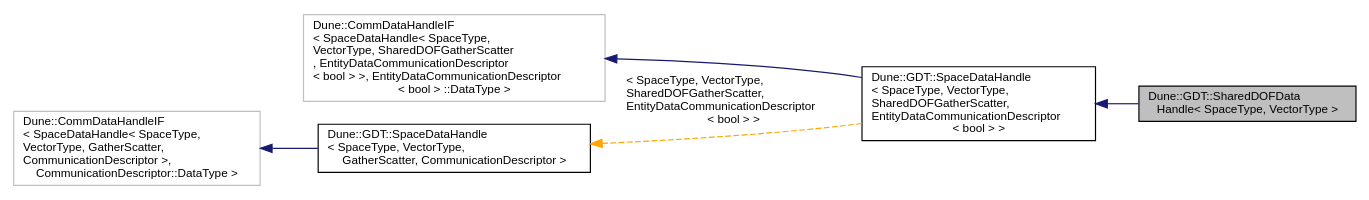
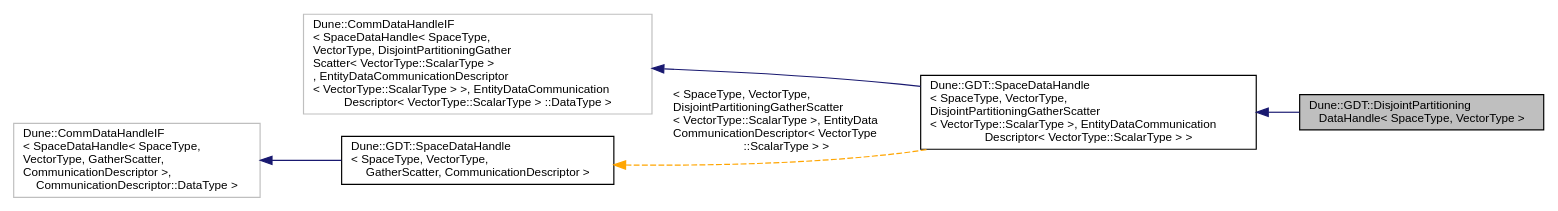
Before and after one commit to dune-community/dune-community.github.io: the diagram in docs/dune-gdt/master/a02548.dot, drawn with Graphviz. The commit also changed 1982 other files, not shown here.

Commit message:
Updated documentation for dune-gdt master

```diff
--- a/docs/dune-gdt/master/a02548.dot
+++ b/docs/dune-gdt/master/a02548.dot
@@ -1,15 +1,15 @@
-digraph "Dune::GDT::SharedDOFDataHandle&lt; SpaceType, VectorType &gt;"
+digraph "Dune::GDT::DisjointPartitioningDataHandle&lt; SpaceType, VectorType &gt;"
 {
   edge [fontname="Helvetica",fontsize="10",labelfontname="Helvetica",labelfontsize="10"];
   node [fontname="Helvetica",fontsize="10",shape=record];
   rankdir="LR";
-  Node0 [label="Dune::GDT::SharedDOFData\lHandle\< SpaceType, VectorType \>",height=0.2,width=0.4,color="black", fillcolor="grey75", style="filled", fontcolor="black"];
+  Node0 [label="Dune::GDT::DisjointPartitioning\lDataHandle\< SpaceType, VectorType \>",height=0.2,width=0.4,color="black", fillcolor="grey75", style="filled", fontcolor="black"];
   Node1 -> Node0 [dir="back",color="midnightblue",fontsize="10",style="solid",fontname="Helvetica"];
-  Node1 [label="Dune::GDT::SpaceDataHandle\l\< SpaceType, VectorType,\l SharedDOFGatherScatter,\l EntityDataCommunicationDescriptor\l\< bool \> \>",height=0.2,width=0.4,color="black", fillcolor="white", style="filled",URL="$a02509.html"];
+  Node1 [label="Dune::GDT::SpaceDataHandle\l\< SpaceType, VectorType,\l DisjointPartitioningGatherScatter\l\< VectorType::ScalarType \>, EntityDataCommunication\lDescriptor\< VectorType::ScalarType \> \>",height=0.2,width=0.4,color="black", fillcolor="white", style="filled",URL="$a02517.html"];
   Node2 -> Node1 [dir="back",color="midnightblue",fontsize="10",style="solid",fontname="Helvetica"];
-  Node2 [label="Dune::CommDataHandleIF\l\< SpaceDataHandle\< SpaceType,\l VectorType, SharedDOFGatherScatter\l , EntityDataCommunicationDescriptor\l\< bool \>  \>, EntityDataCommunicationDescriptor\l\< bool \> ::DataType \>",height=0.2,width=0.4,color="grey75", fillcolor="white", style="filled"];
-  Node3 -> Node1 [dir="back",color="orange",fontsize="10",style="dashed",label=" \< SpaceType, VectorType,\l SharedDOFGatherScatter,\l EntityDataCommunicationDescriptor\l\< bool \> \>" ,fontname="Helvetica"];
-  Node3 [label="Dune::GDT::SpaceDataHandle\l\< SpaceType, VectorType,\l GatherScatter, CommunicationDescriptor \>",height=0.2,width=0.4,color="black", fillcolor="white", style="filled",URL="$a02509.html"];
+  Node2 [label="Dune::CommDataHandleIF\l\< SpaceDataHandle\< SpaceType,\l VectorType, DisjointPartitioningGather\lScatter\< VectorType::ScalarType \>\l, EntityDataCommunicationDescriptor\l\< VectorType::ScalarType \> \>, EntityDataCommunication\lDescriptor\< VectorType::ScalarType \> ::DataType \>",height=0.2,width=0.4,color="grey75", fillcolor="white", style="filled"];
+  Node3 -> Node1 [dir="back",color="orange",fontsize="10",style="dashed",label=" \< SpaceType, VectorType,\l DisjointPartitioningGatherScatter\l\< VectorType::ScalarType \>, EntityData\lCommunicationDescriptor\< VectorType\l::ScalarType \> \>" ,fontname="Helvetica"];
+  Node3 [label="Dune::GDT::SpaceDataHandle\l\< SpaceType, VectorType,\l GatherScatter, CommunicationDescriptor \>",height=0.2,width=0.4,color="black", fillcolor="white", style="filled",URL="$a02517.html"];
   Node4 -> Node3 [dir="back",color="midnightblue",fontsize="10",style="solid",fontname="Helvetica"];
   Node4 [label="Dune::CommDataHandleIF\l\< SpaceDataHandle\< SpaceType,\l VectorType, GatherScatter,\l CommunicationDescriptor \>,\l CommunicationDescriptor::DataType \>",height=0.2,width=0.4,color="grey75", fillcolor="white", style="filled"];
 }
```
